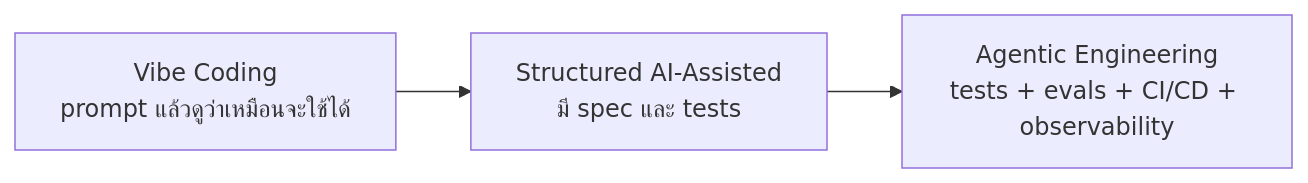
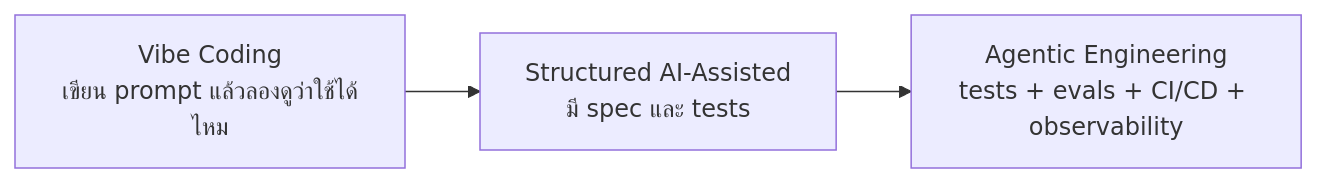
One commit to lawdalana/lawdalana.github.io changed the first of 2 diagrams in _notes/Public/LLM/The New Software Lifecycle.md. Above: the diagram before and after it, drawn with Mermaid. The commit also changed other lines of this file, not shown here.

````diff
--- a/_notes/Public/LLM/The New Software Lifecycle.md
+++ b/_notes/Public/LLM/The New Software Lifecycle.md
@@ -102,5 +102,5 @@
 ```mermaid
 flowchart LR
-    A[Vibe Coding<br/>prompt แล้วดูว่าเหมือนจะใช้ได้] --> B[Structured AI-Assisted<br/>มี spec และ tests]
+    A[Vibe Coding<br/>เขียน prompt แล้วลองดูว่าใช้ได้ไหม] --> B[Structured AI-Assisted<br/>มี spec และ tests]
     B --> C[Agentic Engineering<br/>tests + evals + CI/CD + observability]
 ```
````
